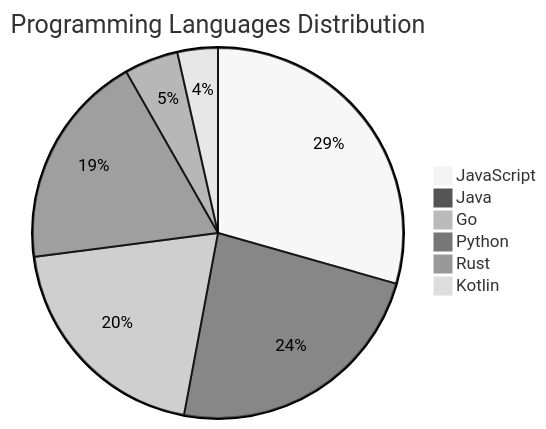
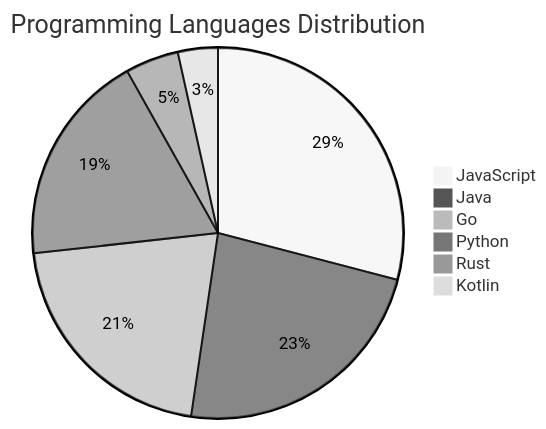
One commit to Derrick-MUGISHA/github-activity-bot changed the diagram in README.md. Above: the diagram before and after it, drawn with Mermaid (neutral theme). The commit also changed other lines of this file and 3 other files, not shown here.

````diff
--- a/README.md
+++ b/README.md
@@ -72,9 +72,9 @@
 ```mermaid
 pie title Programming Languages Distribution
     "JavaScript" : 25
     "Java" : 20
-    "Go" : 17
+    "Go" : 18
     "Python" : 16
     "Rust" : 4
     "Kotlin" : 3
 ```
````
